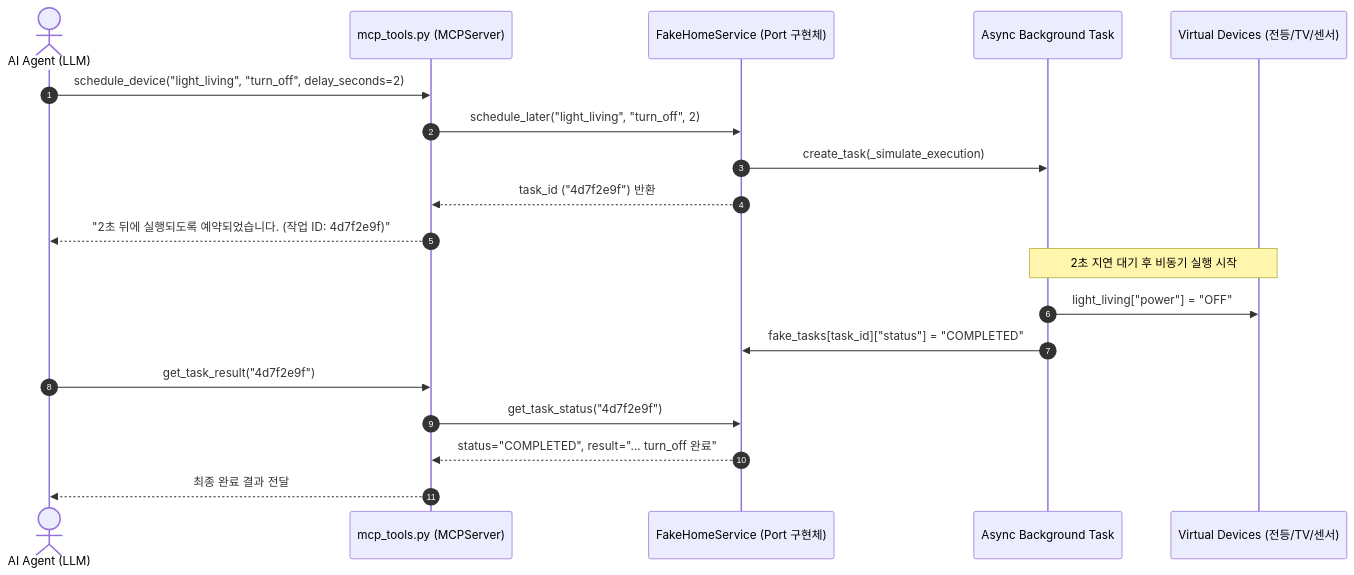
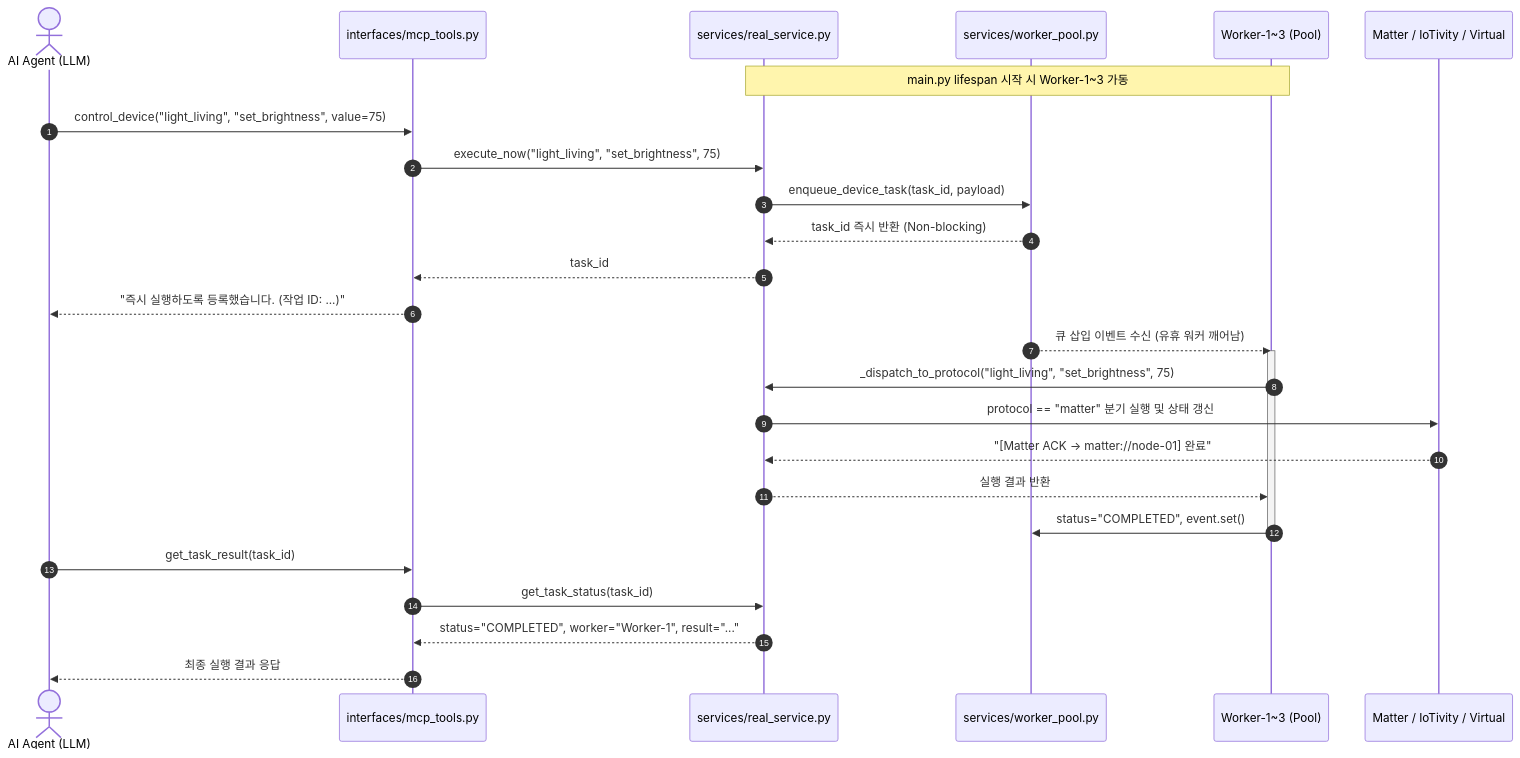
Before and after one commit to fall20style/virtual-to-matter-mcp: the second of 2 diagrams in ARCHITECTURE.md, drawn with Mermaid. The commit also changed other lines of this file and 1 other file, not shown here.

````diff
--- a/ARCHITECTURE.md
+++ b/ARCHITECTURE.md
@@ -53,24 +65,32 @@
 ```mermaid
 sequenceDiagram
     autonumber
     actor Agent as AI Agent (LLM)
-    participant MCP as mcp_tools.py (MCPServer)
-    participant Service as FakeHomeService (Port 구현체)
-    participant Timer as Async Background Task
-    participant Device as Virtual Devices (전등/TV/센서)
+    participant MCP as interfaces/mcp_tools.py
+    participant Real as services/real_service.py
+    participant Queue as services/worker_pool.py
+    participant Worker as Worker-1~3 (Pool)
+    participant Proto as Matter / IoTivity / Virtual
 
-    Agent->>MCP: schedule_device("light_living", "turn_off", delay_seconds=2)
-    MCP->>Service: schedule_later("light_living", "turn_off", 2)
-    Service->>Timer: create_task(_simulate_execution)
-    Service-->>MCP: task_id ("4d7f2e9f") 반환
-    MCP-->>Agent: "2초 뒤에 실행되도록 예약되었습니다. (작업 ID: 4d7f2e9f)"
+    Note over Real, Worker: main.py lifespan 시작 시 Worker-1~3 가동
+    Agent->>MCP: control_device("light_living", "set_brightness", value=75)
+    MCP->>Real: execute_now("light_living", "set_brightness", 75)
+    Real->>Queue: enqueue_device_task(task_id, payload)
+    Queue-->>Real: task_id 즉시 반환 (Non-blocking)
+    Real-->>MCP: task_id
+    MCP-->>Agent: "즉시 실행하도록 등록했습니다. (작업 ID: ...)"
 
-    Note over Timer, Device: 2초 지연 대기 후 비동기 실행 시작
-    Timer->>Device: light_living["power"] = "OFF"
-    Timer->>Service: fake_tasks[task_id]["status"] = "COMPLETED"
+    Queue-->>Worker: 큐 삽입 이벤트 수신 (유휴 워커 깨어남)
+    activate Worker
+    Worker->>Real: _dispatch_to_protocol("light_living", "set_brightness", 75)
+    Real->>Proto: protocol == "matter" 분기 실행 및 상태 갱신
+    Proto-->>Real: "[Matter ACK -> matter://node-01] 완료"
+    Real-->>Worker: 실행 결과 반환
+    Worker->>Queue: status="COMPLETED", event.set()
+    deactivate Worker
 
-    Agent->>MCP: get_task_result("4d7f2e9f")
-    MCP->>Service: get_task_status("4d7f2e9f")
-    Service-->>MCP: status="COMPLETED", result="... turn_off 완료"
-    MCP-->>Agent: 최종 완료 결과 전달
+    Agent->>MCP: get_task_result(task_id)
+    MCP->>Real: get_task_status(task_id)
+    Real-->>MCP: status="COMPLETED", worker="Worker-1", result="..."
+    MCP-->>Agent: 최종 실행 결과 응답
 ```
````
